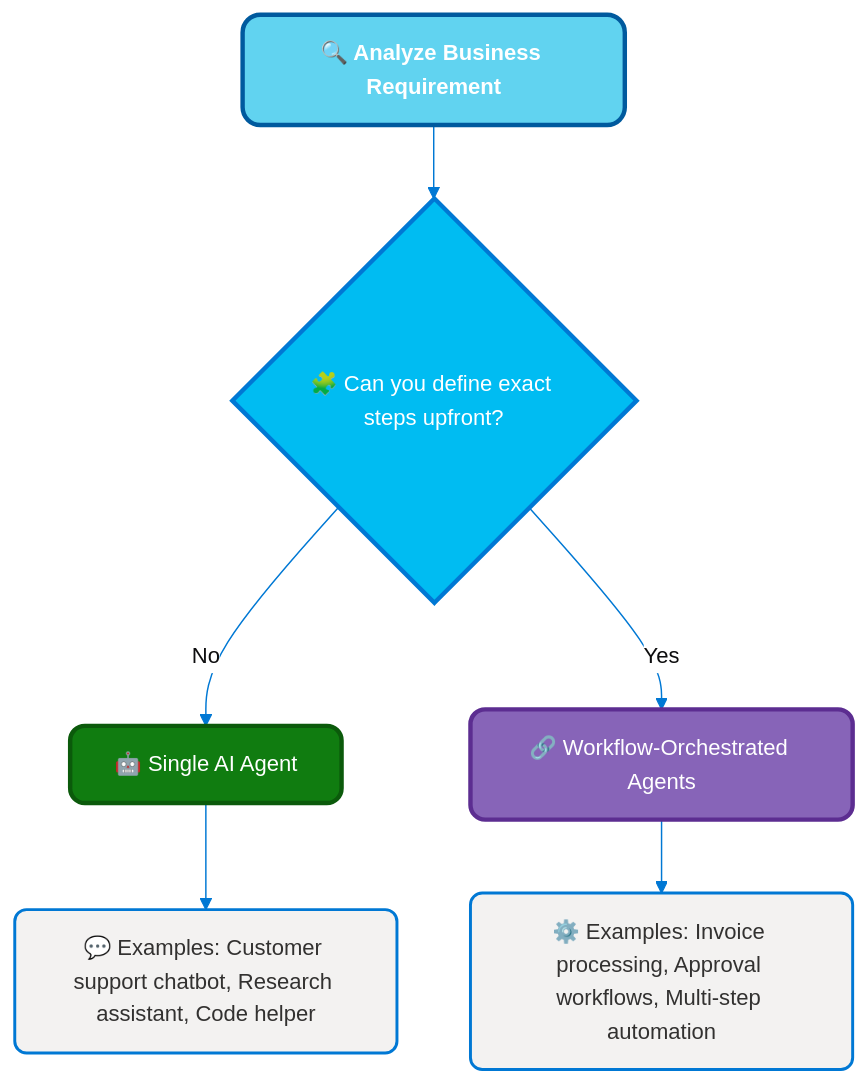
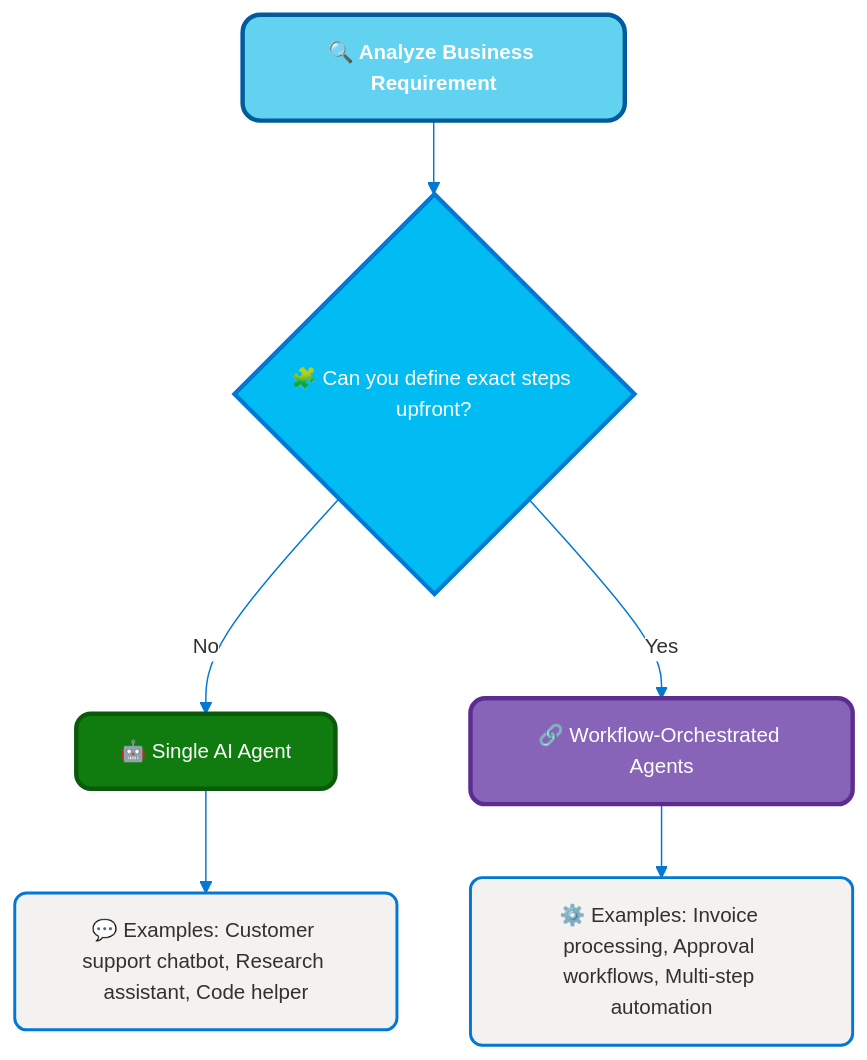
One commit to ajeetchouksey/ajch_prep_ab_100 changed the first of 6 diagrams in 01_Plan_AI_Powered_Business_Solutions/01a-02-agent-types-patterns.md. Above: the diagram before and after it, drawn with Mermaid. The commit also changed other lines of this file and 8 other files, not shown here.

````diff
--- a/01_Plan_AI_Powered_Business_Solutions/01a-02-agent-types-patterns.md
+++ b/01_Plan_AI_Powered_Business_Solutions/01a-02-agent-types-patterns.md
@@ -34,22 +34,22 @@
 ```mermaid
-%%{init: {'theme':'base', 'themeVariables': { 'primaryColor':'#18191aff','primaryTextColor':'#0d0d0eff','primaryBorderColor':'#005a9e','lineColor':'#0078d4','secondaryColor':'#00bcf2','tertiaryColor':'#50e6ff','fontSize':'15px','fontFamily':'Segoe UI, sans-serif','clusterBkg':'#f3f2f1','clusterBorder':'#0078d4','edgeLabelBackground':'#ffffff'}}}%%
+%%{init: {'theme':'base', 'themeVariables': { 'primaryColor':'#0078d4','primaryTextColor':'#323130','primaryBorderColor':'#005a9e','lineColor':'#0078d4','secondaryColor':'#00bcf2','tertiaryColor':'#50e6ff','fontSize':'14px','fontFamily':'Segoe UI, sans-serif','clusterBkg':'#f3f2f1','clusterBorder':'#0078d4','edgeLabelBackground':'#ffffff'}}}%%
 flowchart TD
   Start["🔍 Analyze Business Requirement"] --> Decision{"🧩 Can you define exact steps upfront?"}
   Decision -- No --> Single["🤖 Single AI Agent"]
   Decision -- Yes --> Workflow["🔗 Workflow-Orchestrated Agents"]
 
   Single --> SExamples["💬 Examples: Customer support chatbot, Research assistant, Code helper"]
   Workflow --> WExamples["⚙️ Examples: Invoice processing, Approval workflows, Multi-step automation"]
 
   classDef startStyle fill:#61d3f0ff,stroke:#005a9e,color:#fff,stroke-width:3px,rx:12,ry:12,font-weight:bold
   classDef decisionStyle fill:#00bcf2,stroke:#0078d4,color:#fff,stroke-width:3px,rx:10,ry:10
   classDef agentStyle fill:#107c10,stroke:#0b5a0b,color:#fff,stroke-width:3px,rx:10,ry:10
   classDef workflowStyle fill:#8764b8,stroke:#5c2d91,color:#fff,stroke-width:3px,rx:10,ry:10
   classDef exampleStyle fill:#f3f2f1,stroke:#0078d4,color:#323130,stroke-width:2px,rx:8,ry:8
 
   class Start startStyle
   class Decision decisionStyle
   class Single agentStyle
   class Workflow workflowStyle
   class SExamples,WExamples exampleStyle
 ```
````
